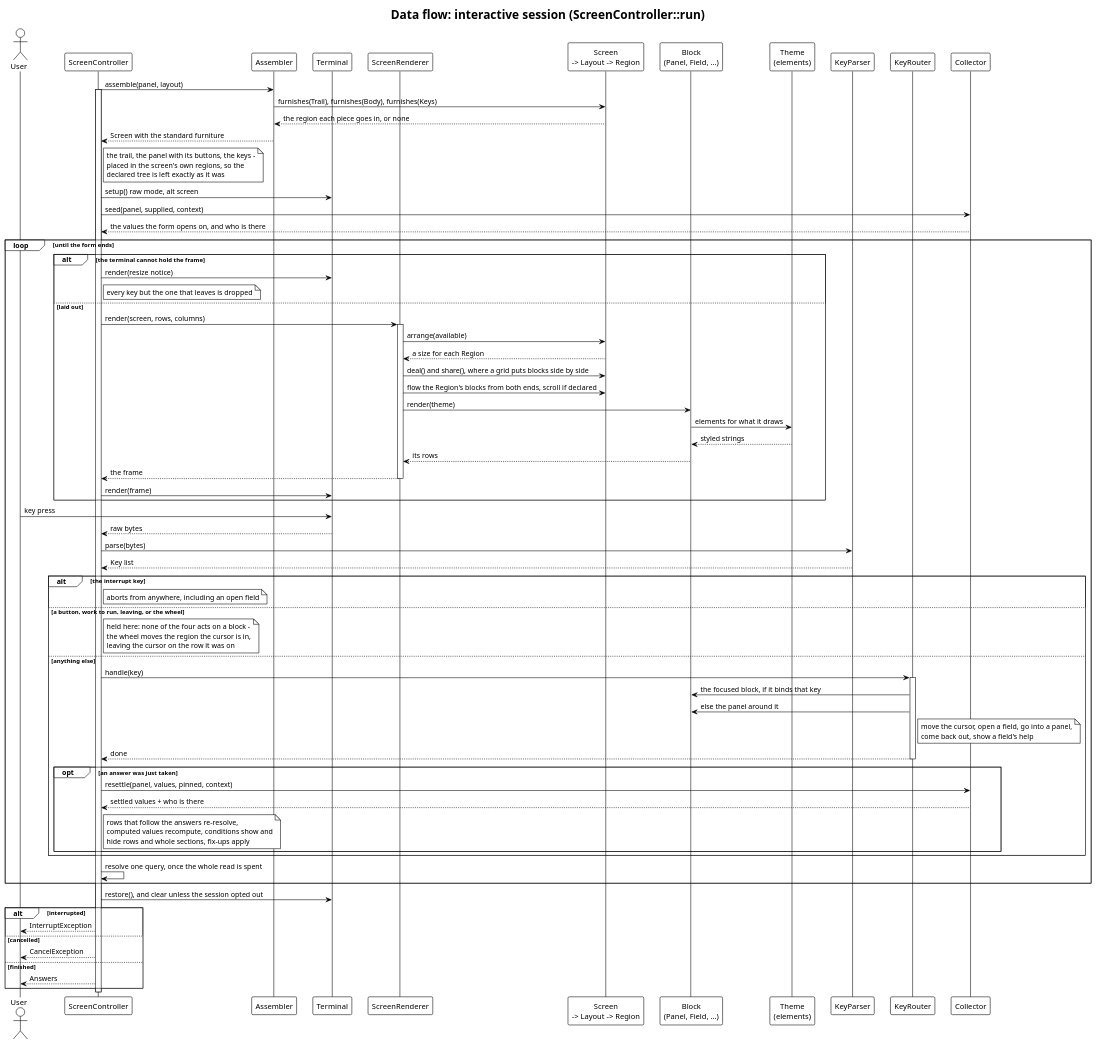
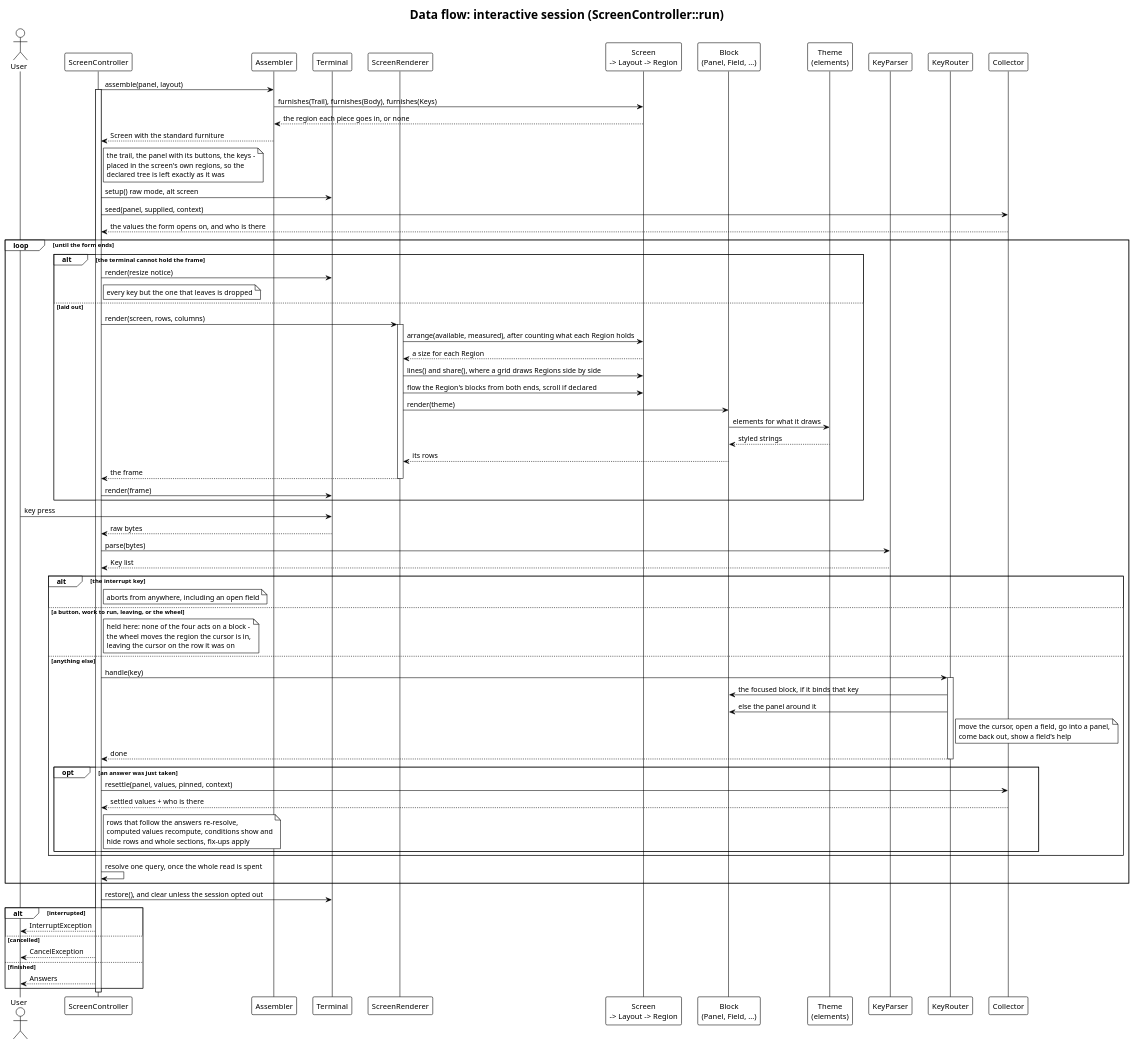
The diagram in docs/architecture/dataflow-tui.puml (drevops/phptui), drawn with PlantUML before and after one commit. The commit also changed 34 other files, not shown here.

```diff
--- a/docs/architecture/dataflow-tui.puml
+++ b/docs/architecture/dataflow-tui.puml
@@ -1,94 +1,94 @@
 @startuml
 ' drevops/tui - data flow for the interactive screen session.
 ' Traced from src/Screen/ScreenController.php (run -> paint/handle), with
 ' src/Screen/ScreenRenderer.php drawing outward from the Screen, src/Screen/
 ' KeyRouter.php sending each key inward, src/Input/ resolving a key press to a
 ' semantic action, and src/Screen/Collector.php re-settling after every answer.
 ' Regenerate every SVG with:  plantuml -tsvg docs/architecture/*.puml
 !theme plain
 skinparam backgroundColor white
 skinparam defaultFontName Helvetica
 skinparam shadowing false
 title Data flow: interactive session (ScreenController::run)
 
 actor "User" as User
 participant "ScreenController" as SC
 participant "Assembler" as Asm
 participant "Terminal" as Term
 participant "ScreenRenderer" as SR
 participant "Screen\n-> Layout -> Region" as Screen
 participant "Block\n(Panel, Field, ...)" as Block
 participant "Theme\n(elements)" as Theme
 participant "KeyParser" as KP
 participant "KeyRouter" as KR
 participant "Collector" as Col
 
 SC -> Asm: assemble(panel, layout)
 activate SC
 Asm -> Screen: furnishes(Trail), furnishes(Body), furnishes(Keys)
 Screen --> Asm: the region each piece goes in, or none
 Asm --> SC: Screen with the standard furniture
 note right of SC: the trail, the panel with its buttons, the keys -\nplaced in the screen's own regions, so the\ndeclared tree is left exactly as it was
 
 SC -> Term: setup() raw mode, alt screen
 SC -> Col: seed(panel, supplied, context)
 Col --> SC: the values the form opens on, and who is there
 
 loop until the form ends
   alt the terminal cannot hold the frame
     SC -> Term: render(resize notice)
     note right of SC: every key but the one that leaves is dropped
   else laid out
     SC -> SR: render(screen, rows, columns)
     activate SR
-    SR -> Screen: arrange(available)
+    SR -> Screen: arrange(available, measured), after counting what each Region holds
     Screen --> SR: a size for each Region
-    SR -> Screen: deal() and share(), where a grid puts blocks side by side
+    SR -> Screen: lines() and share(), where a grid draws Regions side by side
     SR -> Screen: flow the Region's blocks from both ends, scroll if declared
     SR -> Block: render(theme)
     Block -> Theme: elements for what it draws
     Theme --> Block: styled strings
     Block --> SR: its rows
     SR --> SC: the frame
     deactivate SR
     SC -> Term: render(frame)
   end
 
   User -> Term: key press
   Term --> SC: raw bytes
   SC -> KP: parse(bytes)
   KP --> SC: Key list
 
   alt the interrupt key
     note right of SC: aborts from anywhere, including an open field
   else a button, work to run, leaving, or the wheel
     note right of SC: held here: none of the four acts on a block -\nthe wheel moves the region the cursor is in,\nleaving the cursor on the row it was on
   else anything else
     SC -> KR: handle(key)
     activate KR
     KR -> Block: the focused block, if it binds that key
     KR -> Block: else the panel around it
     note right of KR: move the cursor, open a field, go into a panel,\ncome back out, show a field's help
     KR --> SC: done
     deactivate KR
 
     opt an answer was just taken
       SC -> Col: resettle(panel, values, pinned, context)
       Col --> SC: settled values + who is there
       note right of SC: rows that follow the answers re-resolve,\ncomputed values recompute, conditions show and\nhide rows and whole sections, fix-ups apply
     end
   end
 
   SC -> SC: resolve one query, once the whole read is spent
 end
 
 SC -> Term: restore(), and clear unless the session opted out
 alt interrupted
   SC --> User: InterruptException
 else cancelled
   SC --> User: CancelException
 else finished
   SC --> User: Answers
 end
 deactivate SC
 @enduml
```
